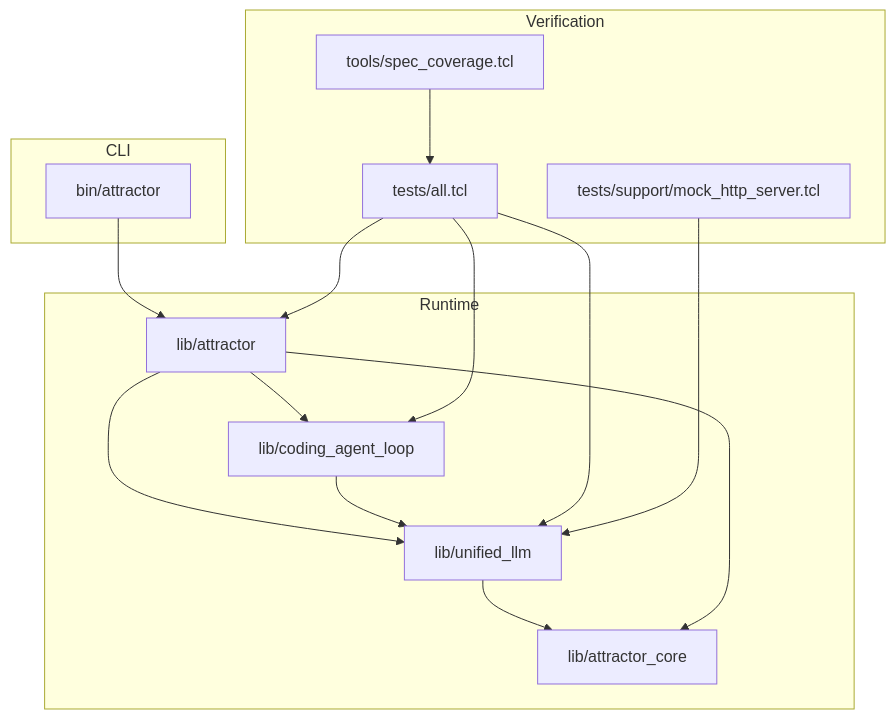
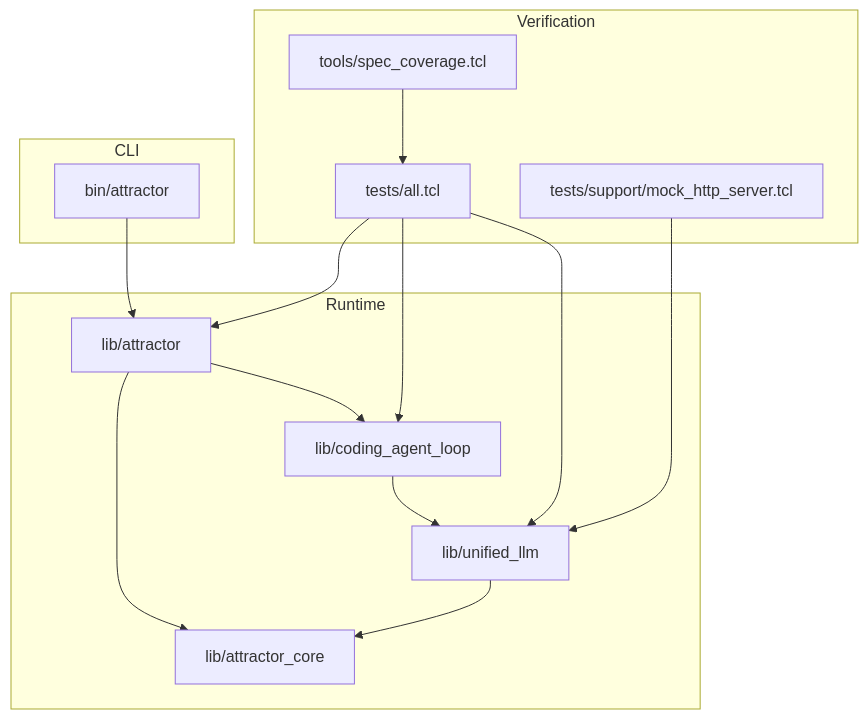
Before and after one commit to jaytaylor/attractor-tcl: the fifth of 5 diagrams in docs/sprints/SPRINT-003-implementation-plan.md, drawn with Mermaid. The commit also changed other lines of this file, not shown here.

Commit message:
docs: sync sprint 003 implementation plan to verified completion

````diff
--- a/docs/sprints/SPRINT-003-implementation-plan.md
+++ b/docs/sprints/SPRINT-003-implementation-plan.md
@@ -883,32 +1722,30 @@
 ```mermaid
-%% Source: .scratch/diagrams/sprint-003-implementation-plan/architecture.mmd
 flowchart TB
   subgraph CLI
     BIN[bin/attractor]
   end
 
   subgraph Runtime
     ATR[lib/attractor]
+    CORE[lib/attractor_core]
     CAL[lib/coding_agent_loop]
     ULLM[lib/unified_llm]
-    CORE[lib/attractor_core]
   end
 
   subgraph Verification
-    T[tests/all.tcl]
+    TESTS[tests/all.tcl]
     MOCK[tests/support/mock_http_server.tcl]
-    COV[tools/spec_coverage.tcl]
+    COVER[tools/spec_coverage.tcl]
   end
 
   BIN --> ATR
+  ATR --> CORE
   ATR --> CAL
-  ATR --> ULLM
   CAL --> ULLM
   ULLM --> CORE
-  ATR --> CORE
-  T --> ATR
-  T --> CAL
-  T --> ULLM
+  TESTS --> ATR
+  TESTS --> CAL
+  TESTS --> ULLM
   MOCK --> ULLM
-  COV --> T
+  COVER --> TESTS
 ```
````
